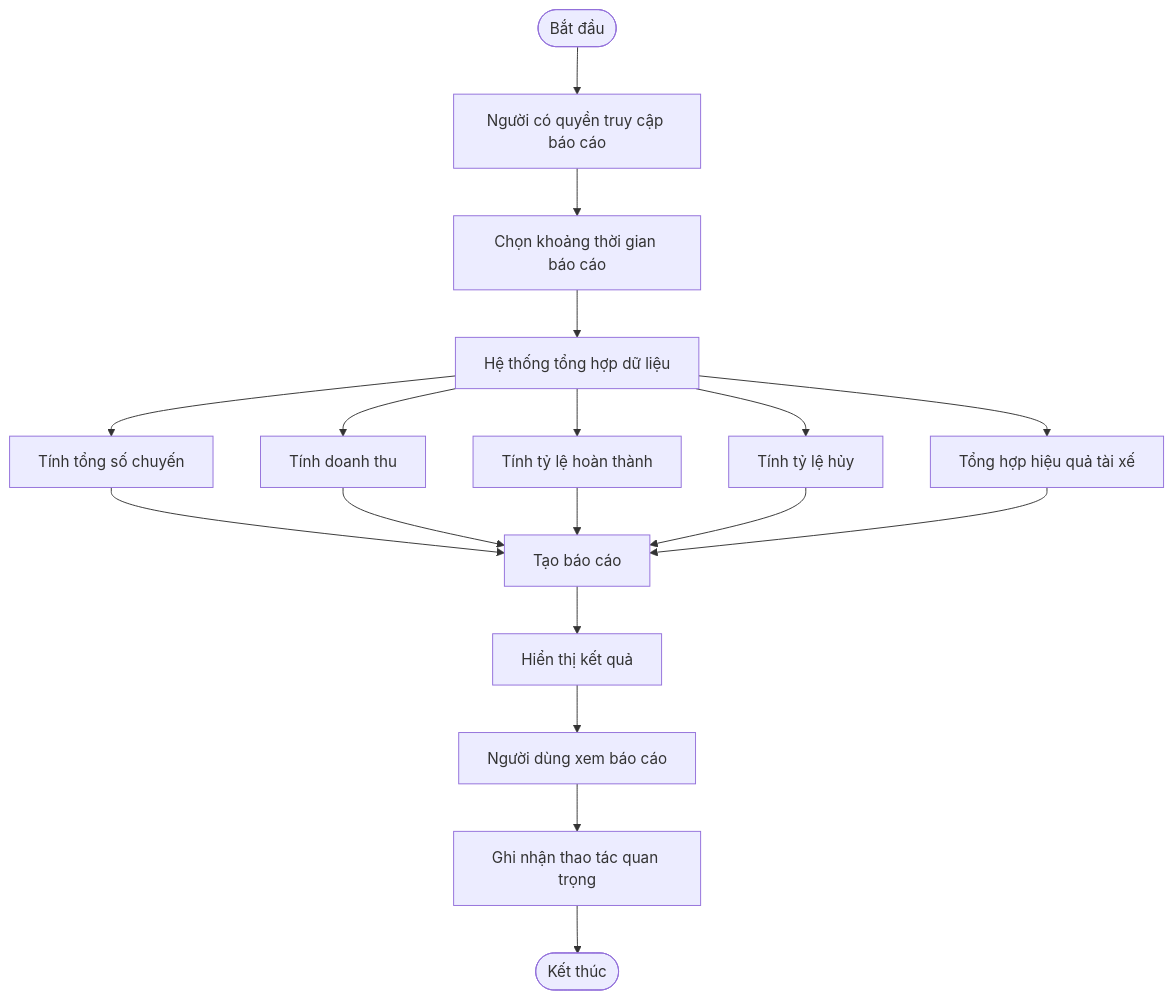
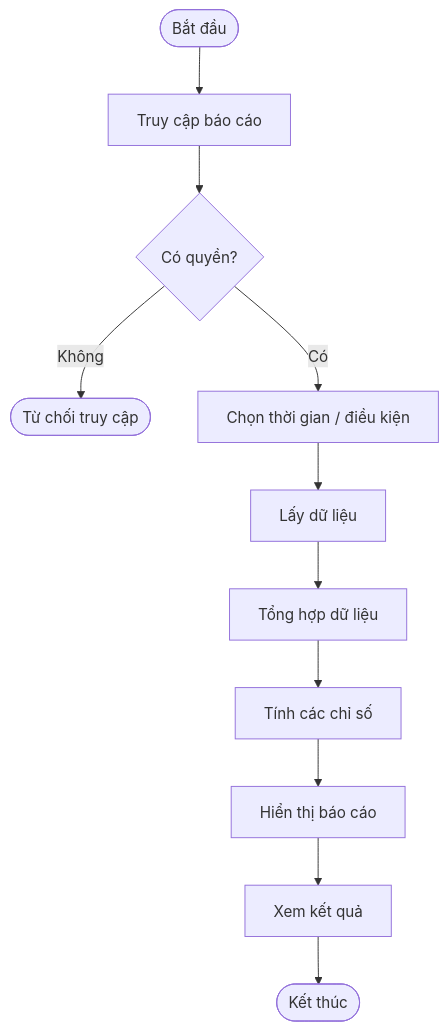
Before and after one commit to ntthuyvy0205-source/23662281_NguyenThiThuyVy_CABSYSTEM: diagram 18 of 28 in SRS.md, drawn with Mermaid. The commit also changed other lines of this file, not shown here.

````diff
--- a/SRS.md
+++ b/SRS.md
@@ -635,23 +2259,14 @@
 ```mermaid
 flowchart TD
-    A([Bắt đầu]) --> B[Người có quyền truy cập báo cáo]
-    B --> C[Chọn khoảng thời gian báo cáo]
-    C --> D[Hệ thống tổng hợp dữ liệu]
+    A([Bắt đầu]) --> B[Truy cập báo cáo]
+    B --> C{Có quyền?}
+    C -- Không --> Z([Từ chối truy cập])
 
-    D --> E[Tính tổng số chuyến]
-    D --> F[Tính doanh thu]
-    D --> G[Tính tỷ lệ hoàn thành]
-    D --> H[Tính tỷ lệ hủy]
-    D --> I[Tổng hợp hiệu quả tài xế]
-
-    E --> J[Tạo báo cáo]
-    F --> J
-    G --> J
-    H --> J
-    I --> J
-
-    J --> K[Hiển thị kết quả]
-    K --> L[Người dùng xem báo cáo]
-    L --> M[Ghi nhận thao tác quan trọng]
-    M --> N([Kết thúc])
+    C -- Có --> D[Chọn thời gian / điều kiện]
+    D --> E[Lấy dữ liệu]
+    E --> F[Tổng hợp dữ liệu]
+    F --> G[Tính các chỉ số]
+    G --> H[Hiển thị báo cáo]
+    H --> I[Xem kết quả]
+    I --> J([Kết thúc])
 ```
````
